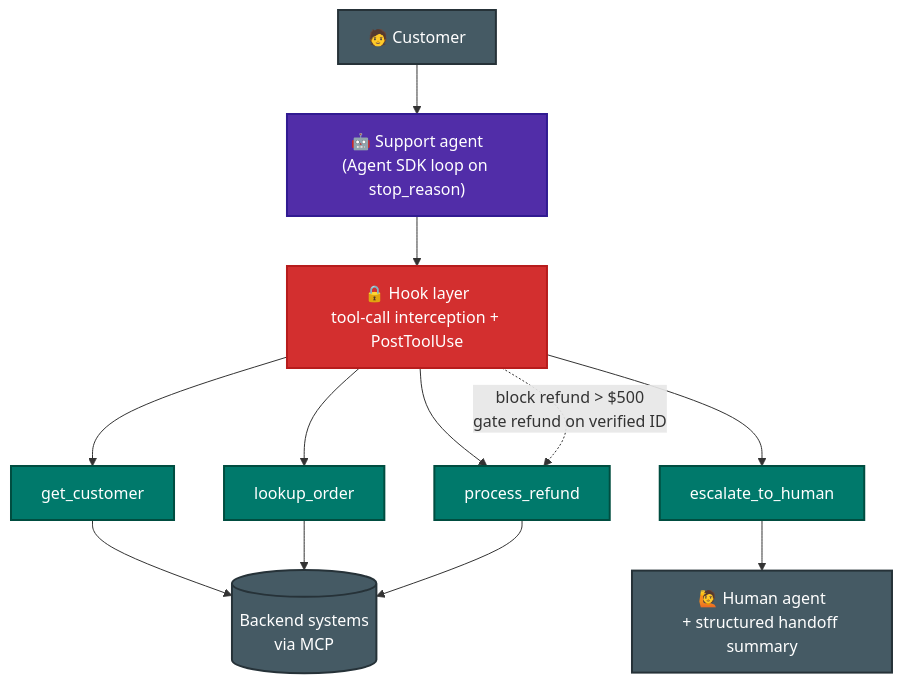
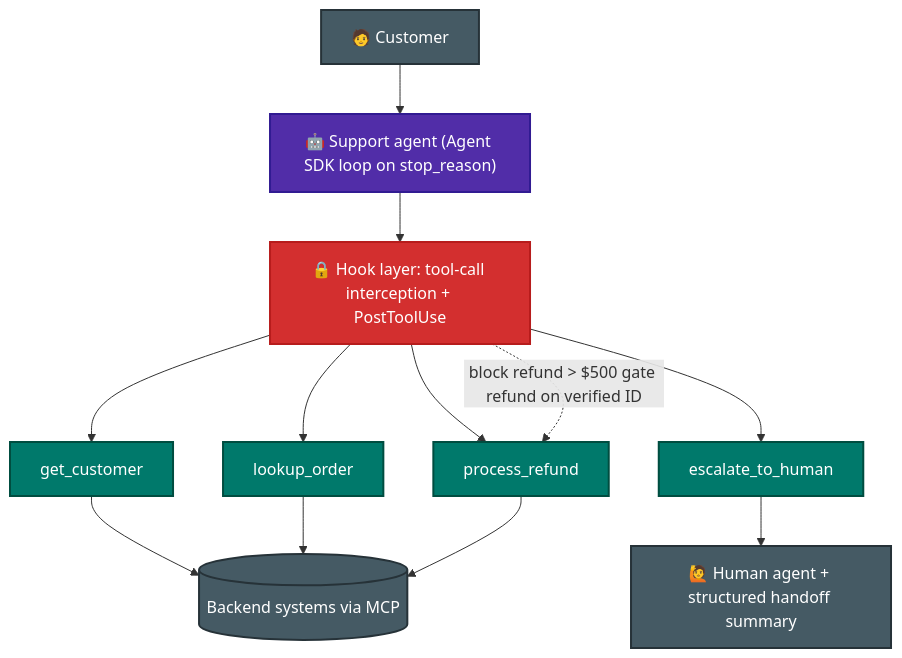
One commit to parmar-m/claude-architect-certification-prep changed the first of 2 diagrams in CCA-F/scenarios/s1-customer-support-agent.md. Above: the diagram before and after it, drawn with Mermaid. The commit also changed 24 other files, not shown here.

Commit message:
fix html tags in mmd diagrams

````diff
--- a/CCA-F/scenarios/s1-customer-support-agent.md
+++ b/CCA-F/scenarios/s1-customer-support-agent.md
@@ -9,20 +9,20 @@
 ```mermaid
 flowchart TD
-    CU["🧑 Customer"] --> AG["🤖 Support agent<br/>(Agent SDK loop on stop_reason)"]
-    AG --> HK["🔒 Hook layer<br/>tool-call interception + PostToolUse"]
+    CU["🧑 Customer"] --> AG["🤖 Support agent (Agent SDK loop on stop_reason)"]
+    AG --> HK["🔒 Hook layer: tool-call interception + PostToolUse"]
     HK --> T1["get_customer"]
     HK --> T2["lookup_order"]
     HK --> T3["process_refund"]
     HK --> T4["escalate_to_human"]
-    T1 & T2 & T3 --> BE[("Backend systems<br/>via MCP")]
-    T4 --> HU["🙋 Human agent<br/>+ structured handoff summary"]
-    HK -. "block refund > $500<br/>gate refund on verified ID" .-> T3
+    T1 & T2 & T3 --> BE[("Backend systems via MCP")]
+    T4 --> HU["🙋 Human agent + structured handoff summary"]
+    HK -. "block refund > $500 gate refund on verified ID" .-> T3
     classDef agent fill:#512DA8,color:#fff,stroke:#311B92,stroke-width:2px
     classDef hook fill:#D32F2F,color:#fff,stroke:#B71C1C,stroke-width:2px
     classDef tool fill:#00796B,color:#fff,stroke:#004D40,stroke-width:2px
     classDef ext fill:#455A64,color:#fff,stroke:#263238,stroke-width:2px
     class AG agent
     class HK hook
     class T1,T2,T3,T4 tool
     class CU,BE,HU ext
 ```
````
